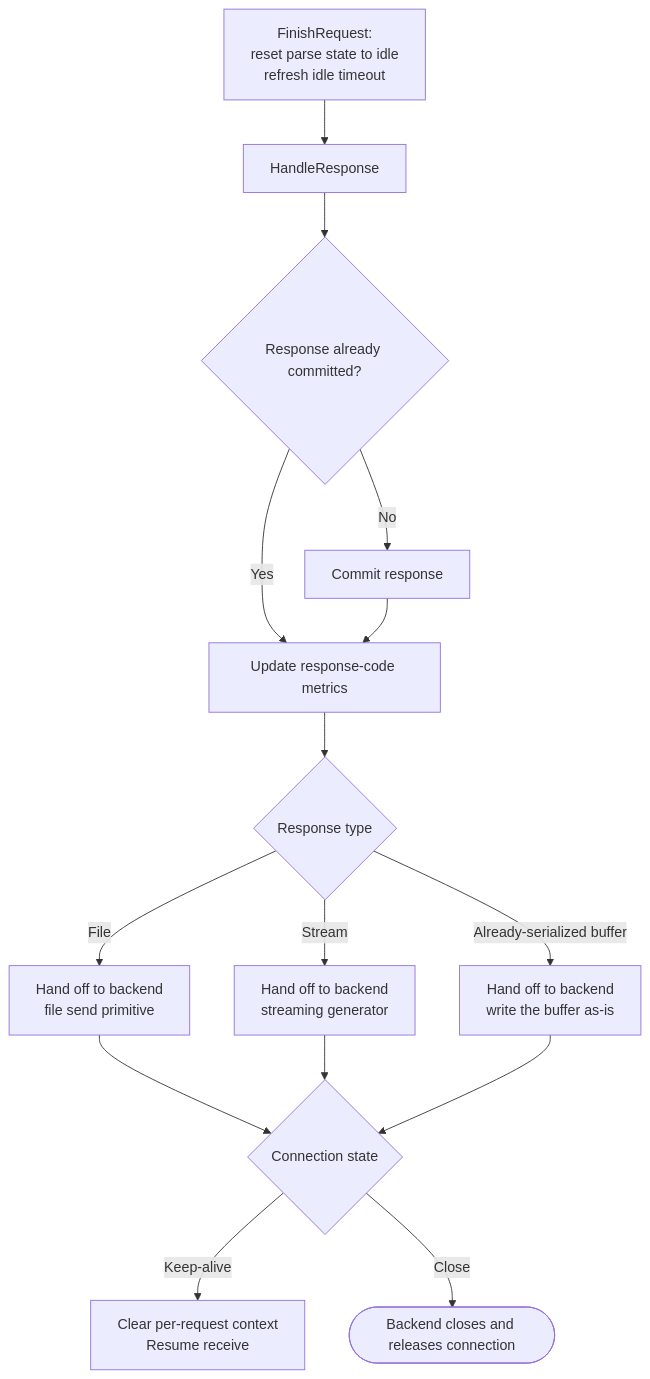
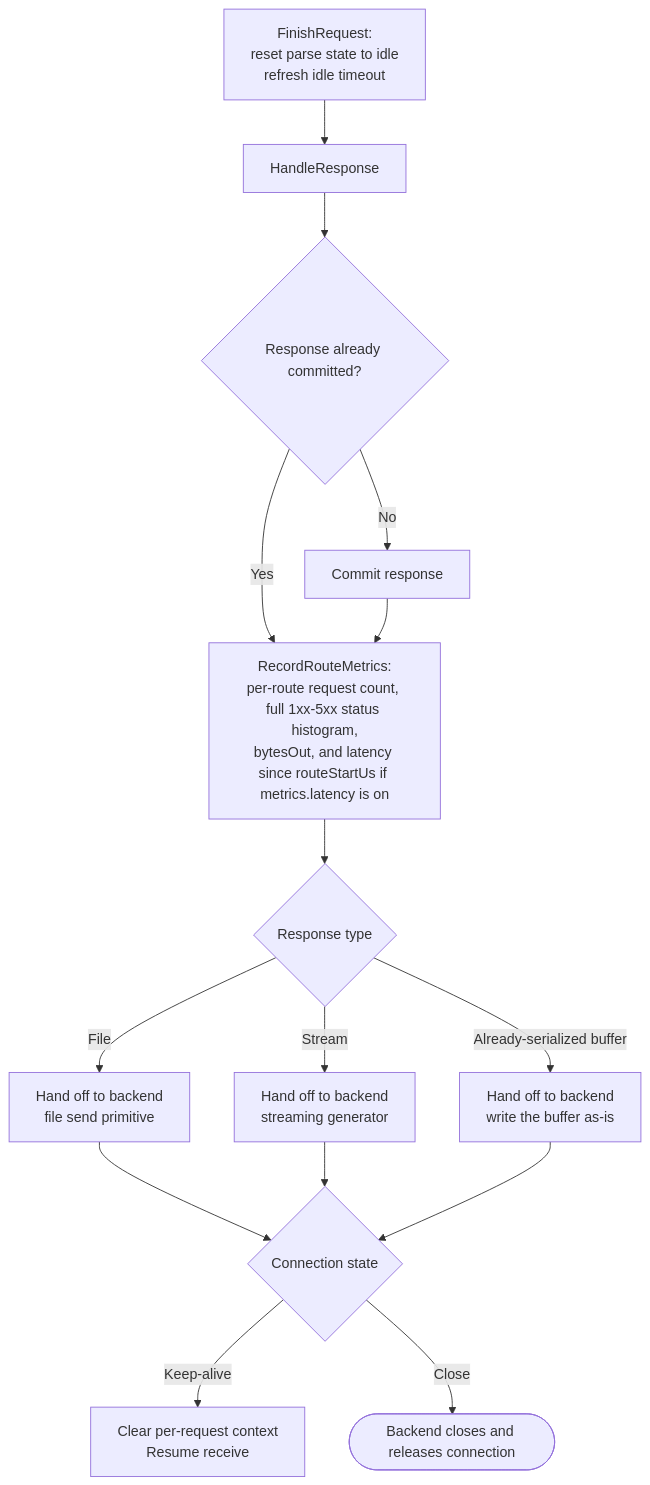
The fourth of 11 diagrams in docs/dev_reference/architecture.md (Altered-commits/WFX), drawn with Mermaid before and after one commit. The commit also changed other lines of this file and 44 other files, not shown here.

````diff
--- a/docs/dev_reference/architecture.md
+++ b/docs/dev_reference/architecture.md
@@ -198,22 +228,22 @@
 ```mermaid
 flowchart TD
     FR[FinishRequest:\nreset parse state to idle\nrefresh idle timeout] --> AC[HandleResponse]
 
     AC --> AC1{Response already committed?}
     AC1 -- No --> AC2[Commit response]
     AC1 -- Yes --> AC3
-    AC2 --> AC3[Update response-code metrics]
+    AC2 --> AC3[RecordRouteMetrics:\nper-route request count, full 1xx-5xx status histogram,\nbytesOut, and latency since routeStartUs if metrics.latency is on]
 
     AC3 --> AD{Response type}
 
     AD -- File --> AE[Hand off to backend\nfile send primitive]
     AD -- Stream --> AF[Hand off to backend\nstreaming generator]
     AD -- Already-serialized buffer --> AG[Hand off to backend\nwrite the buffer as-is]
 
     AE --> AH{Connection state}
     AF --> AH
     AG --> AH
 
     AH -- Keep-alive --> AI[Clear per-request context\nResume receive]
     AH -- Close --> AJ([Backend closes and releases connection])
 ```
````
